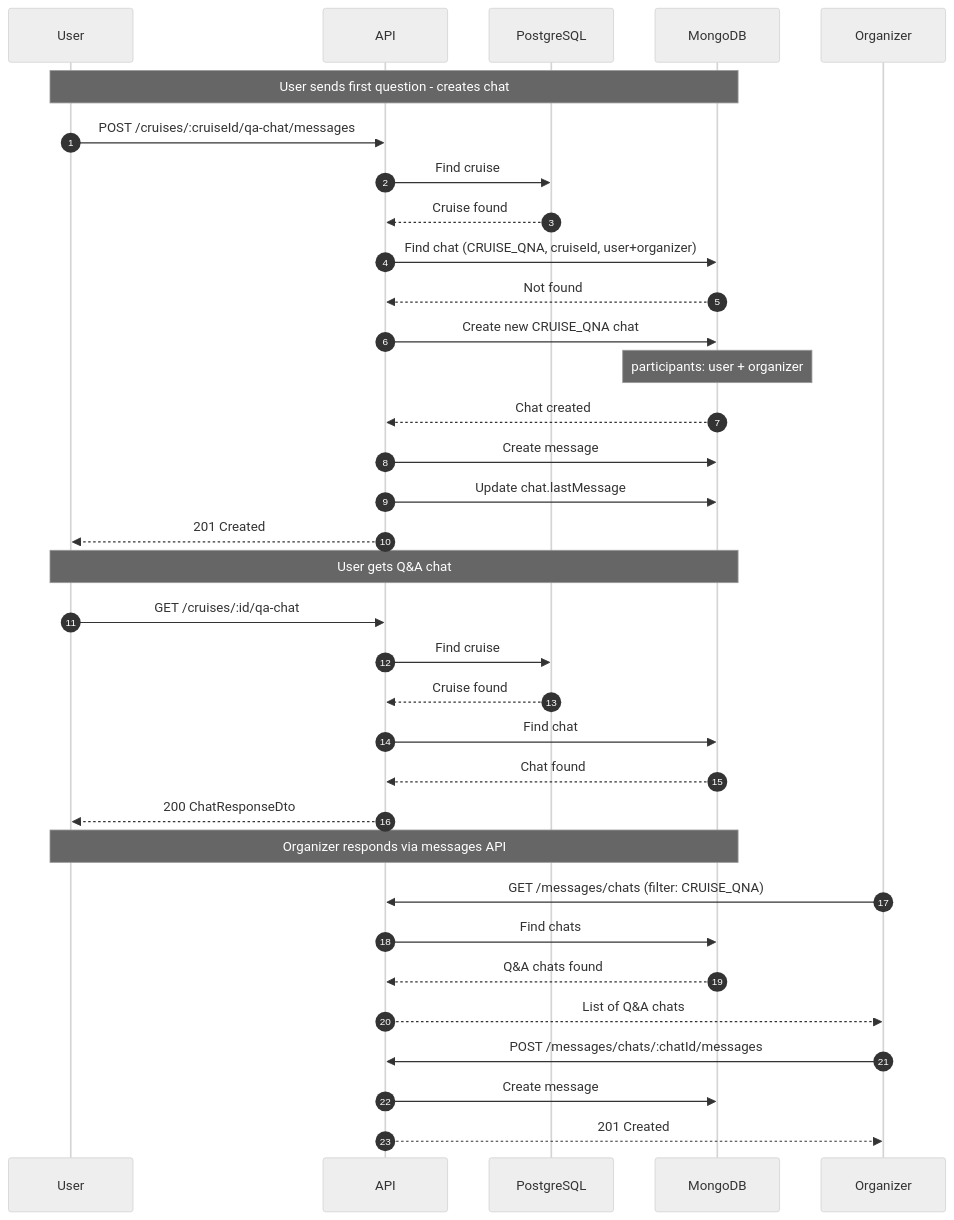
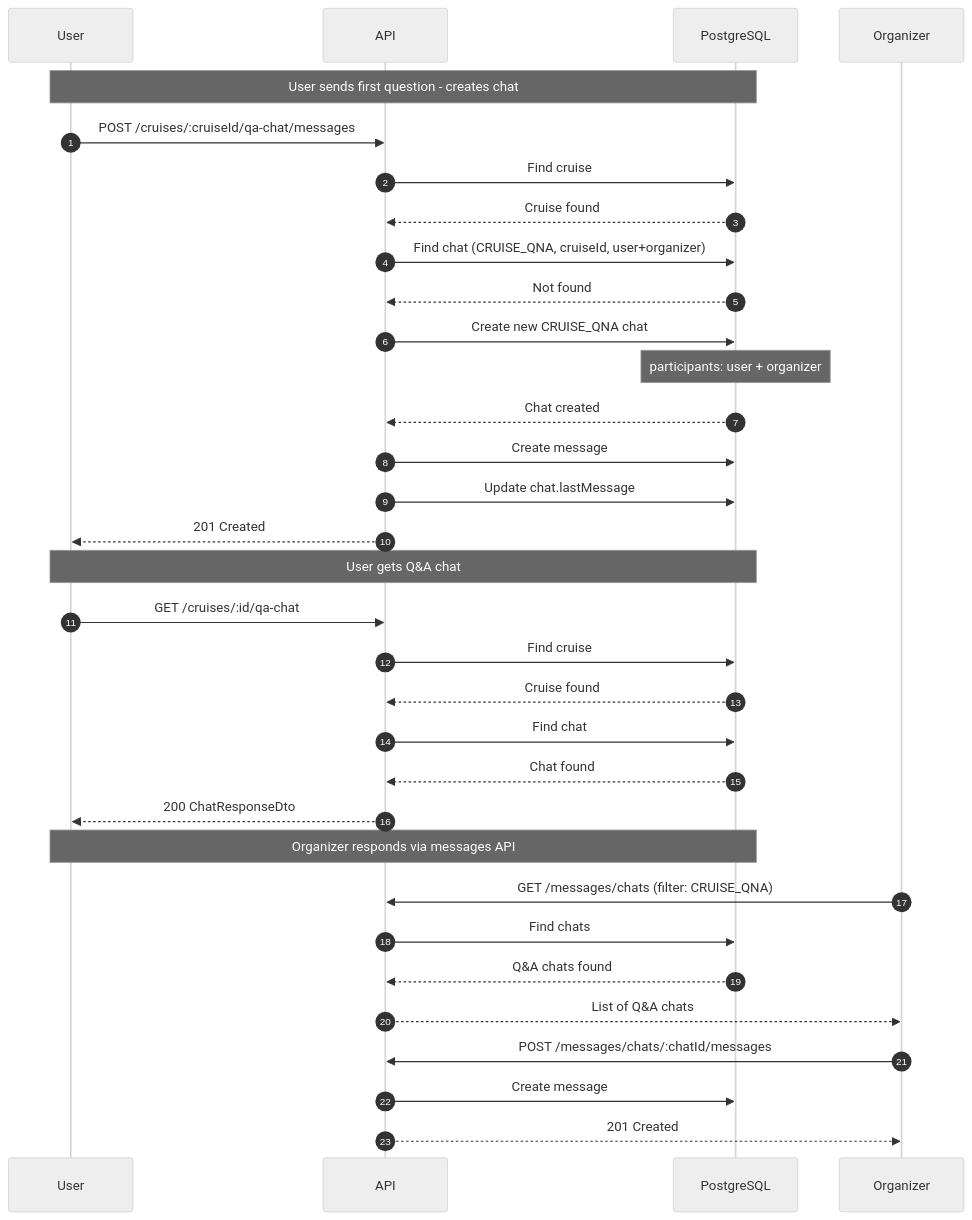
The fourth of 4 diagrams in docs/api/cruises/chats.md (kardasz/skipper-club-android), drawn with Mermaid (neutral theme) before and after one commit. The commit also changed other lines of this file and 45 other files, not shown here.

````diff
--- a/docs/api/cruises/chats.md
+++ b/docs/api/cruises/chats.md
@@ -384,39 +383,38 @@
 ```mermaid
 sequenceDiagram
     autonumber
     participant User as User
     participant API as API
     participant PG as PostgreSQL
-    participant MG as MongoDB
 
-    Note over User,MG: User sends first question - creates chat
+    Note over User,PG: User sends first question - creates chat
     User->>API: POST /cruises/:cruiseId/qa-chat/messages
     API->>PG: Find cruise
     PG-->>API: Cruise found
-    API->>MG: Find chat (CRUISE_QNA, cruiseId, user+organizer)
-    MG-->>API: Not found
-    API->>MG: Create new CRUISE_QNA chat
-    Note over MG: participants: user + organizer
-    MG-->>API: Chat created
-    API->>MG: Create message
-    API->>MG: Update chat.lastMessage
+    API->>PG: Find chat (CRUISE_QNA, cruiseId, user+organizer)
+    PG-->>API: Not found
+    API->>PG: Create new CRUISE_QNA chat
+    Note over PG: participants: user + organizer
+    PG-->>API: Chat created
+    API->>PG: Create message
+    API->>PG: Update chat.lastMessage
     API-->>User: 201 Created
 
-    Note over User,MG: User gets Q&A chat
+    Note over User,PG: User gets Q&A chat
     User->>API: GET /cruises/:id/qa-chat
     API->>PG: Find cruise
     PG-->>API: Cruise found
-    API->>MG: Find chat
-    MG-->>API: Chat found
+    API->>PG: Find chat
+    PG-->>API: Chat found
     API-->>User: 200 ChatResponseDto
 
-    Note over User,MG: Organizer responds via messages API
+    Note over User,PG: Organizer responds via messages API
     participant Org as Organizer
     Org->>API: GET /messages/chats (filter: CRUISE_QNA)
-    API->>MG: Find chats
-    MG-->>API: Q&A chats found
+    API->>PG: Find chats
+    PG-->>API: Q&A chats found
     API-->>Org: List of Q&A chats
     Org->>API: POST /messages/chats/:chatId/messages
-    API->>MG: Create message
+    API->>PG: Create message
     API-->>Org: 201 Created
 ```
````
